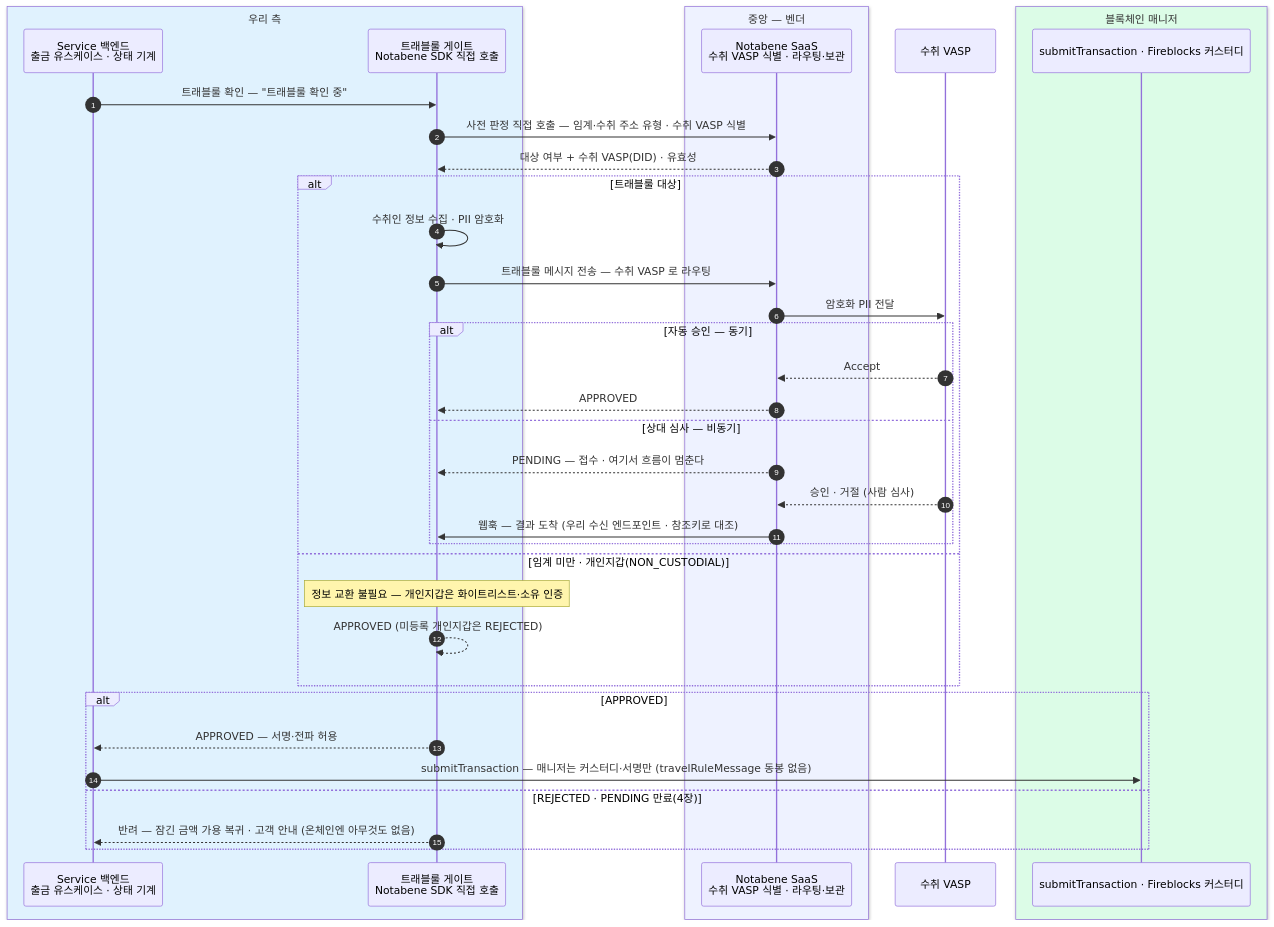
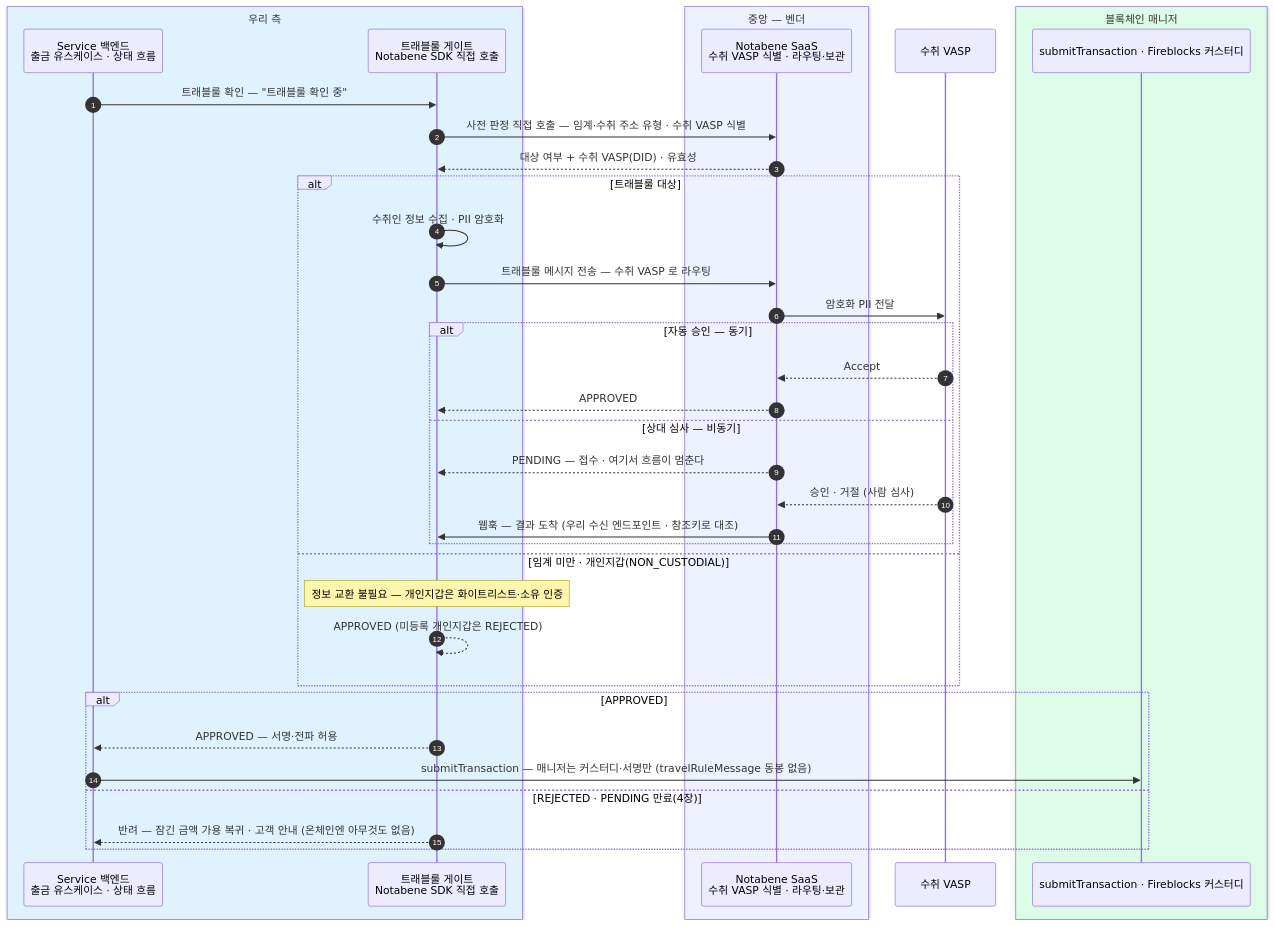
One commit to eunsujeo/eunpus changed the sixth of 11 diagrams in blockchain-manager/docs/트래블룰/설계/07-scenarios.md. Above: the diagram before and after it, drawn with Mermaid. The commit also changed other lines of this file and 36 other files, not shown here.

````diff
--- a/blockchain-manager/docs/트래블룰/설계/07-scenarios.md
+++ b/blockchain-manager/docs/트래블룰/설계/07-scenarios.md
@@ -257,41 +264,41 @@
 ```mermaid
 sequenceDiagram
     autonumber
     box rgb(224,242,254) 우리 측
-    participant BE as Service 백엔드<br/>출금 유스케이스 · 상태 기계
+    participant BE as Service 백엔드<br/>출금 유스케이스 · 상태 흐름
     participant GT as 트래블룰 게이트<br/>Notabene SDK 직접 호출
     end
     box rgb(238,242,255) 중앙 — 벤더
     participant NB as Notabene SaaS<br/>수취 VASP 식별 · 라우팅·보관
     end
     participant RV as 수취 VASP
     box rgb(220,252,231) 블록체인 매니저
     participant BM as submitTransaction · Fireblocks 커스터디
     end
 
     BE->>GT: 트래블룰 확인 — "트래블룰 확인 중"
     GT->>NB: 사전 판정 직접 호출 — 임계·수취 주소 유형 · 수취 VASP 식별
     NB-->>GT: 대상 여부 + 수취 VASP(DID) · 유효성
     alt 트래블룰 대상
         GT->>GT: 수취인 정보 수집 · PII 암호화
         GT->>NB: 트래블룰 메시지 전송 — 수취 VASP 로 라우팅
         NB->>RV: 암호화 PII 전달
         alt 자동 승인 — 동기
             RV-->>NB: Accept
             NB-->>GT: APPROVED
         else 상대 심사 — 비동기
             NB-->>GT: PENDING — 접수 · 여기서 흐름이 멈춘다
             RV-->>NB: 승인 · 거절 (사람 심사)
             NB->>GT: 웹훅 — 결과 도착 (우리 수신 엔드포인트 · 참조키로 대조)
         end
     else 임계 미만 · 개인지갑(NON_CUSTODIAL)
         Note over GT: 정보 교환 불필요 — 개인지갑은 화이트리스트·소유 인증
         GT-->>GT: APPROVED (미등록 개인지갑은 REJECTED)
     end
     alt APPROVED
         GT-->>BE: APPROVED — 서명·전파 허용
         BE->>BM: submitTransaction — 매니저는 커스터디·서명만 (travelRuleMessage 동봉 없음)
     else REJECTED · PENDING 만료(4장)
         GT-->>BE: 반려 — 잠긴 금액 가용 복귀 · 고객 안내 (온체인엔 아무것도 없음)
     end
 ```
````
